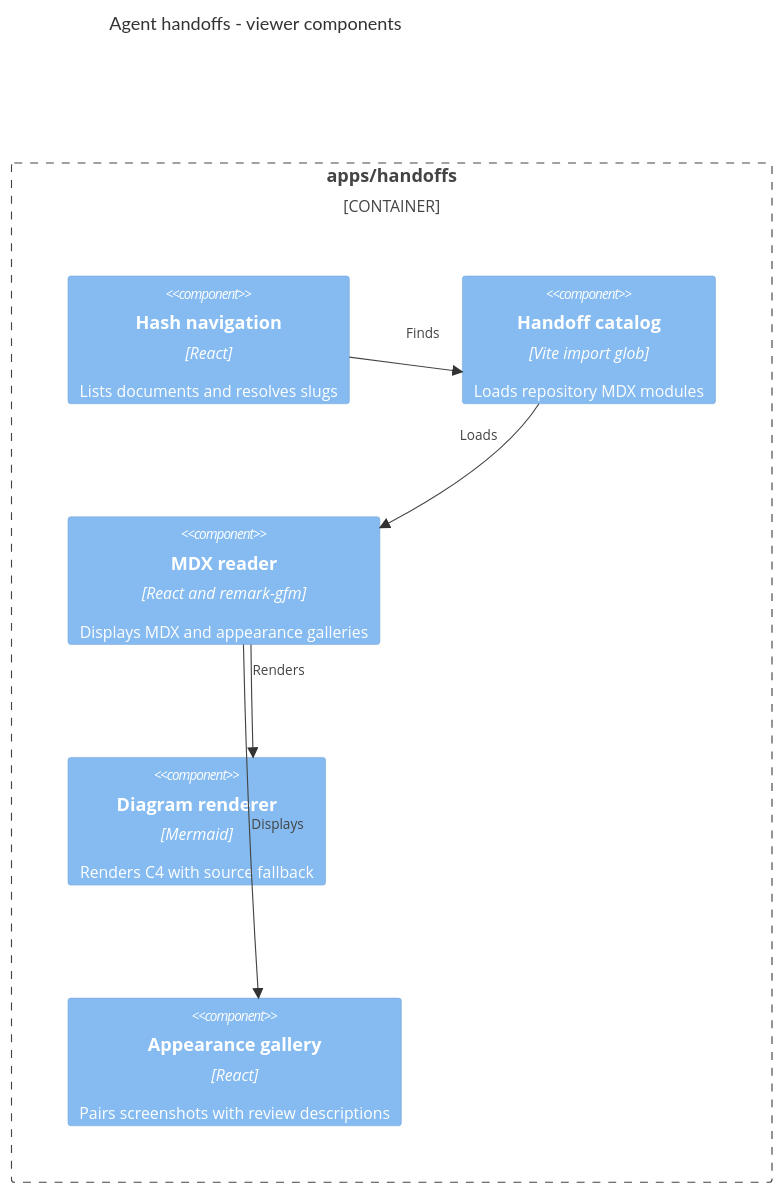
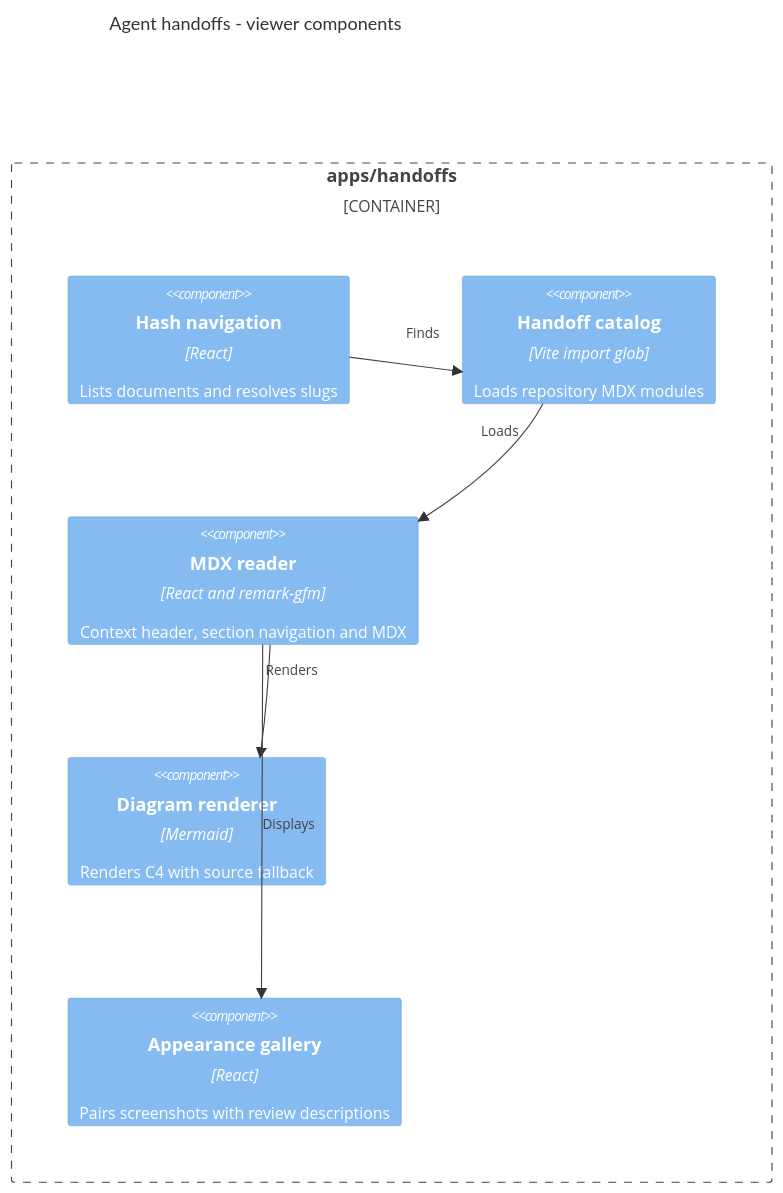
One commit to szabototo89/woodbrook-residents changed the diagram in docs/handoffs/agent-handoffs/assets/c3-handoffs.mmd. Above: the diagram before and after it, drawn with Mermaid. The commit also changed 28 other files, not shown here.

```diff
--- a/docs/handoffs/agent-handoffs/assets/c3-handoffs.mmd
+++ b/docs/handoffs/agent-handoffs/assets/c3-handoffs.mmd
@@ -1,16 +1,16 @@
 C4Component
   title Agent handoffs - viewer components
   Container_Boundary(viewer, "apps/handoffs") {
     Component(routes, "Hash navigation", "React", "Lists documents and resolves slugs")
     Component(catalog, "Handoff catalog", "Vite import glob", "Loads repository MDX modules")
-    Component(reader, "MDX reader", "React and remark-gfm", "Displays MDX and appearance galleries")
+    Component(reader, "MDX reader", "React and remark-gfm", "Context header, section navigation and MDX")
     Component(diagrams, "Diagram renderer", "Mermaid", "Renders C4 with source fallback")
     Component(gallery, "Appearance gallery", "React", "Pairs screenshots with review descriptions")
   }
   Rel(routes, catalog, "Finds")
   Rel(catalog, reader, "Loads")
   Rel(reader, diagrams, "Renders")
   Rel(reader, gallery, "Displays")
   UpdateRelStyle(routes, catalog, $offsetY="-30")
   UpdateRelStyle(catalog, reader, $offsetY="-30")
   UpdateRelStyle(reader, diagrams, $offsetY="-30")
```
